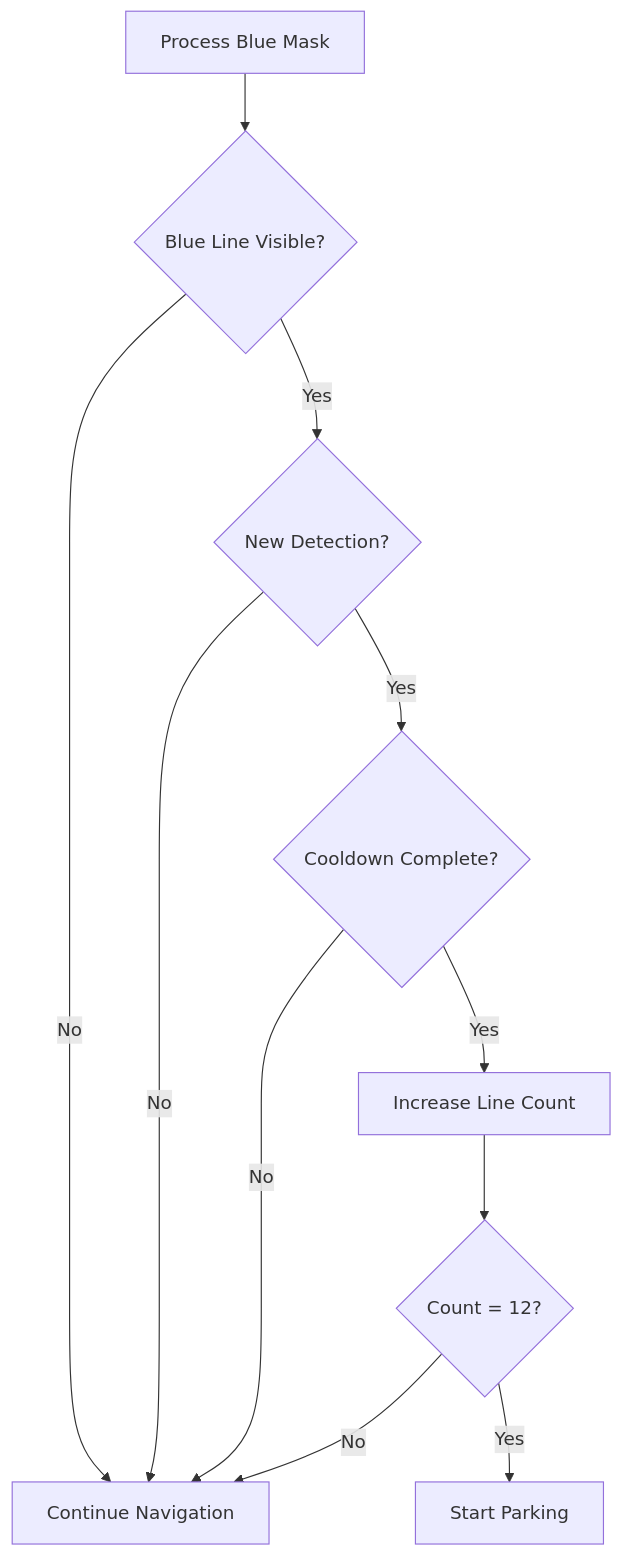
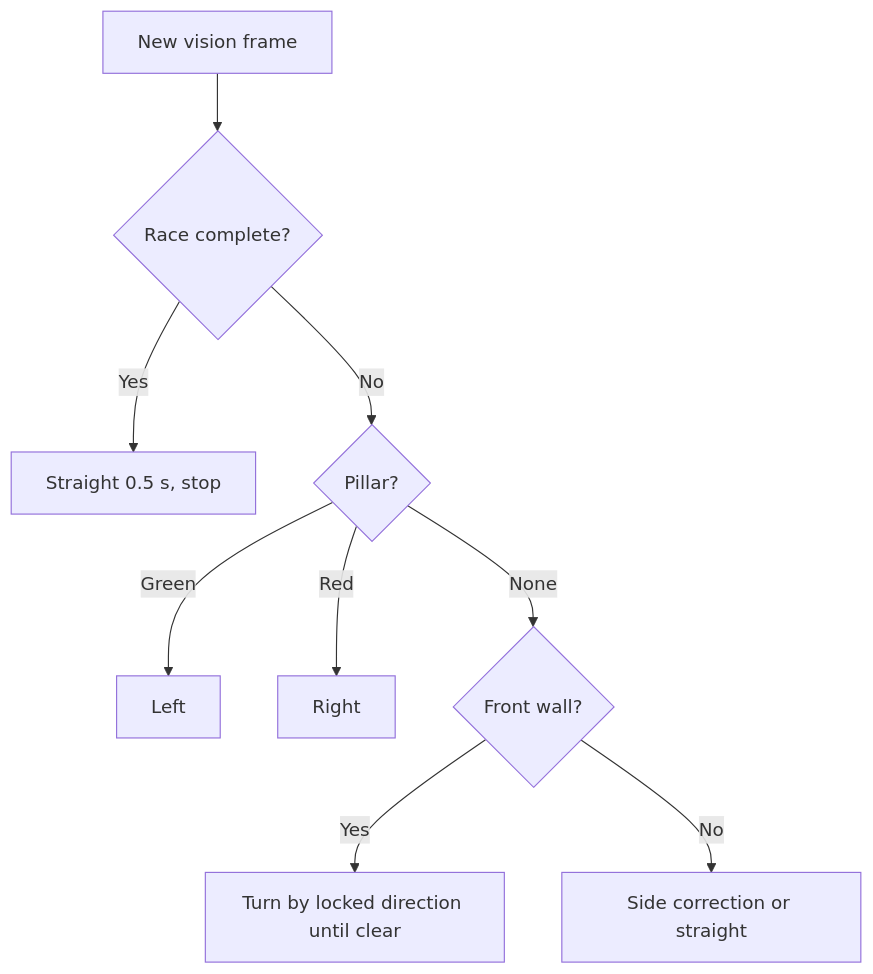
Before and after one commit to The-Mech-Minds/WRO26_Future-Engineers_TMM: the second of 3 diagrams in README.md, drawn with Mermaid. The commit also changed other lines of this file, not shown here.

Commit message:
Document current Pi 5 navigation and vision

````diff
--- a/README.md
+++ b/README.md
@@ -428,18 +55,11 @@
 ```mermaid
 flowchart TD
-    A["Process Blue Mask"] --> B{"Blue Line Visible?"}
-
-    B -->|No| C["Continue Navigation"]
-    B -->|Yes| D{"New Detection?"}
-
-    D -->|No| C
-    D -->|Yes| E{"Cooldown Complete?"}
-
-    E -->|No| C
-    E -->|Yes| F["Increase Line Count"]
-
-    F --> G{"Count = 12?"}
-
-    G -->|No| C
-    G -->|Yes| H["Start Parking"]
+    A["New vision frame"] --> B{"Race complete?"}
+    B -->|Yes| C["Straight 0.5 s, stop"]
+    B -->|No| D{"Pillar?"}
+    D -->|Green| E["Left"]
+    D -->|Red| F["Right"]
+    D -->|None| G{"Front wall?"}
+    G -->|Yes| H["Turn by locked direction until clear"]
+    G -->|No| I["Side correction or straight"]
 ```
````
